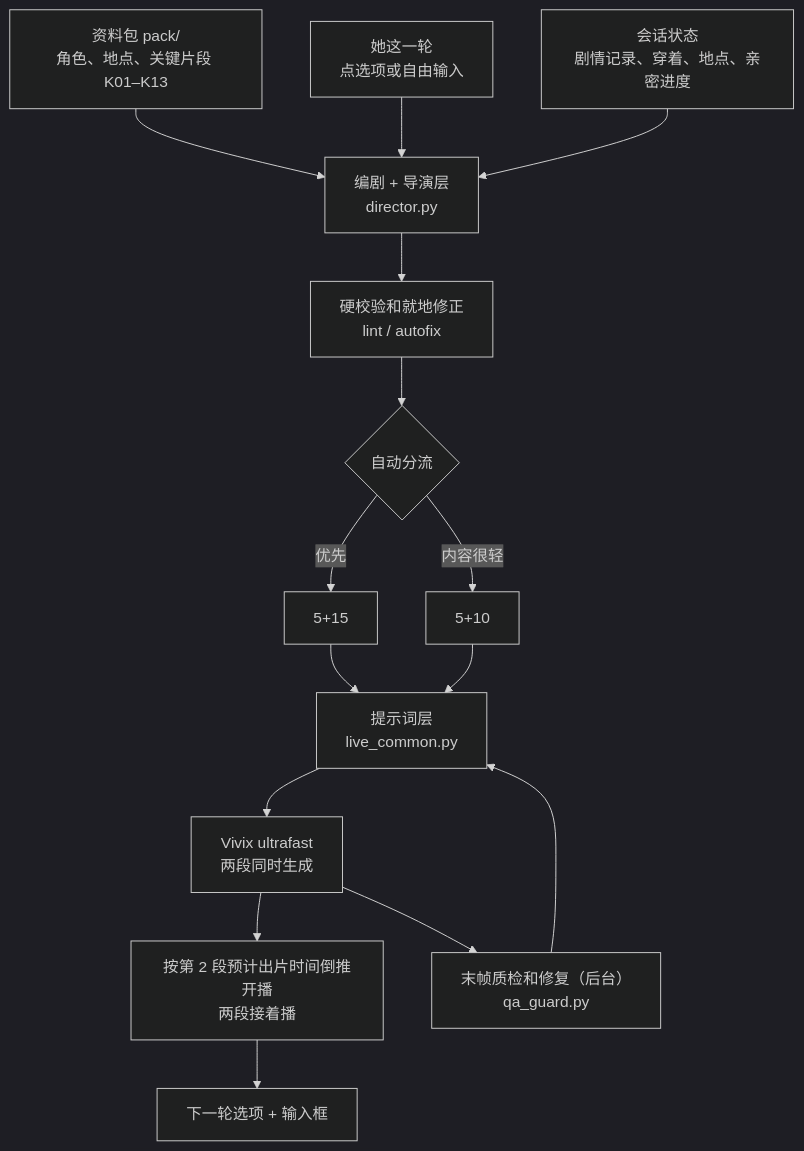
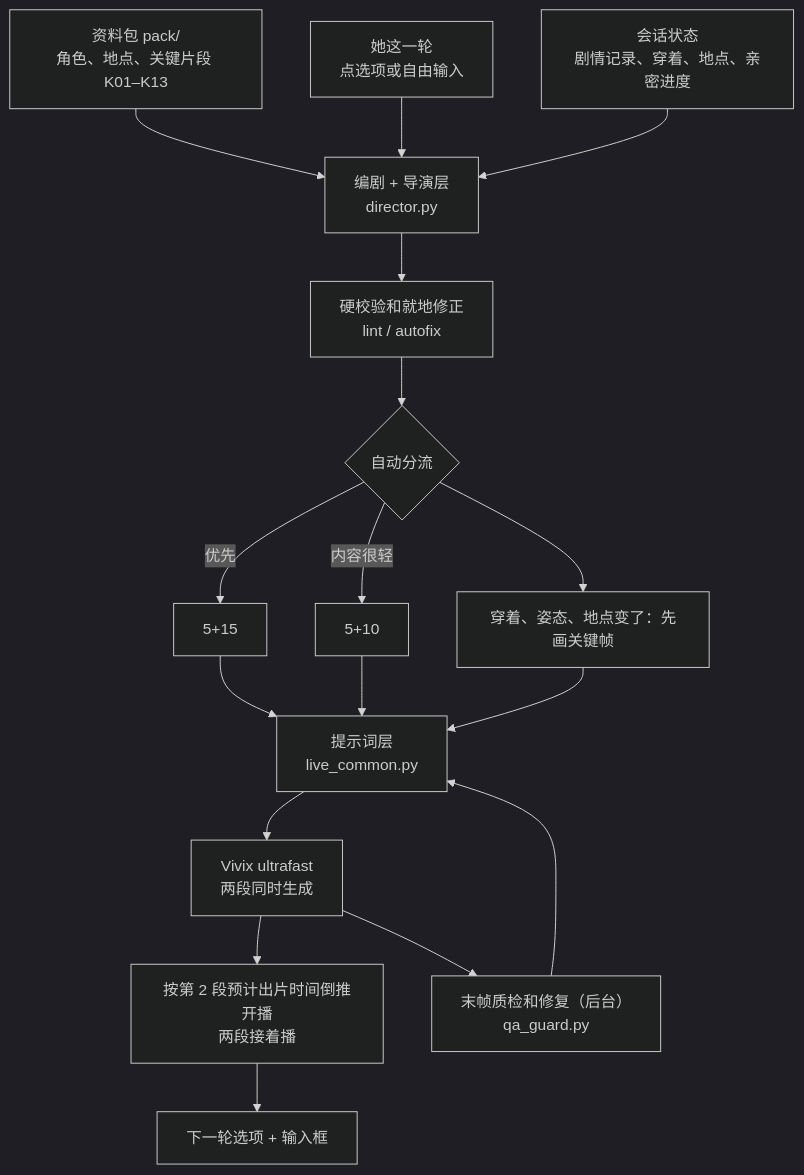
The diagram in README.md (lyx1265897416-lab/rafael-not-pretending), drawn with Mermaid (dark theme) before and after one commit. The commit also changed other lines of this file and 27 other files, not shown here.

Commit message:
V2.0：意图理解、状态连续、关键帧、播放控件和新文案

````diff
--- a/README.md
+++ b/README.md
@@ -62,17 +71,19 @@
 ```mermaid
 flowchart TD
     A["资料包 pack/<br>角色、地点、关键片段 K01–K13"] --> D
     B["她这一轮<br>点选项或自由输入"] --> D
     C["会话状态<br>剧情记录、穿着、地点、亲密进度"] --> D
     D["编剧 + 导演层<br>director.py"] --> E["硬校验和就地修正<br>lint / autofix"]
     E --> R{"自动分流"}
+    R --> KF["穿着、姿态、地点变了：先画关键帧"]
     R -->|"优先"| F["5+15"]
     R -->|"内容很轻"| G["5+10"]
     F --> H["提示词层<br>live_common.py"]
     G --> H
     H --> I["Vivix ultrafast<br>两段同时生成"]
+    KF --> H
     I --> J["按第 2 段预计出片时间倒推开播<br>两段接着播"]
     J --> K["下一轮选项 + 输入框"]
     I --> L["末帧质检和修复（后台）<br>qa_guard.py"]
     L --> H
 ```
````
